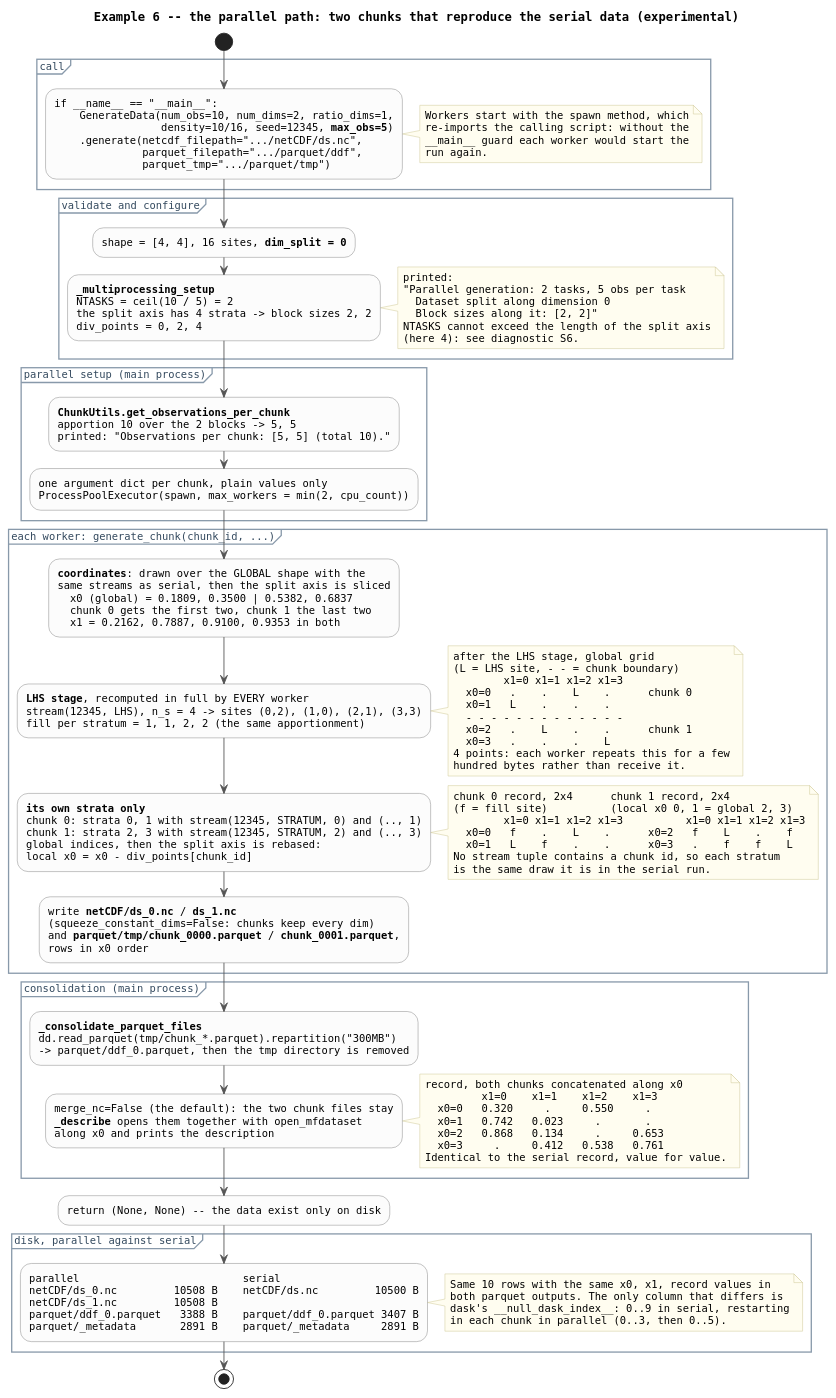
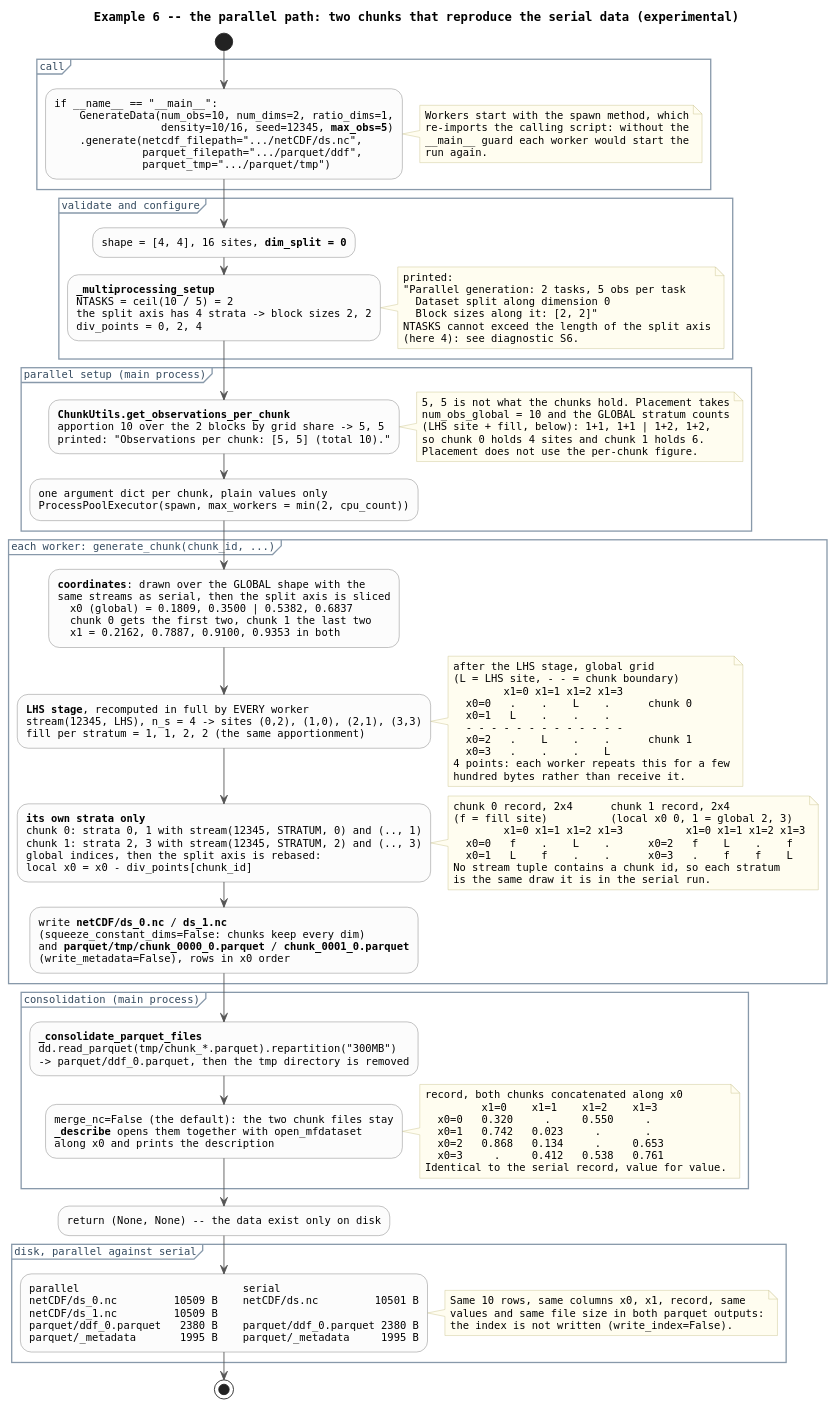
One commit to boom-lab/tabray changed the diagram in docs/dataflow_example_parallel.puml. Above: the diagram before and after it, drawn with PlantUML. The commit also changed 6 other files, not shown here.

```diff
--- a/docs/dataflow_example_parallel.puml
+++ b/docs/dataflow_example_parallel.puml
@@ -1,152 +1,158 @@
 @startuml dataflow_example_parallel
 ' Worked example: the parallel path, one variable on a 4x4 grid in two
 ' chunks, compared with the serial run of the same call without max_obs.
 ' Every number here is from actual runs.
 ' Grids: rows x0 (= dim_split), columns x1, index space.
 ' Render: plantuml docs/dataflow_example_parallel.puml
 
 title Example 6 -- the parallel path: two chunks that reproduce the serial data (experimental)
 
 skinparam shadowing false
 skinparam defaultFontName Monospaced
 skinparam defaultFontSize 12
 skinparam ArrowColor #555555
 skinparam activity {
   BackgroundColor #FCFCFC
   BorderColor #777777
   DiamondBackgroundColor #F2F2F2
 }
 skinparam partition {
   BorderColor #8899AA
   FontColor #33495E
 }
 skinparam note {
   BackgroundColor #FFFDF0
   BorderColor #C8C08A
 }
 
 start
 
 partition "call" {
   :if ~__name~__ == "~__main~__":
       GenerateData(num_obs=10, num_dims=2, ratio_dims=1,
                    density=10/16, seed=12345, <b>max_obs=5</b>)
       .generate(netcdf_filepath=".../netCDF/ds.nc",
                 parquet_filepath=".../parquet/ddf",
                 parquet_tmp=".../parquet/tmp");
   note right
     Workers start with the spawn method, which
     re-imports the calling script: without the
     ~__main~__ guard each worker would start the
     run again.
   end note
 }
 
 partition "validate and configure" {
   :shape = [4, 4], 16 sites, <b>dim_split = 0</b>;
 
   :<b>_multiprocessing_setup</b>
   NTASKS = ceil(10 / 5) = 2
   the split axis has 4 strata -> block sizes 2, 2
   div_points = 0, 2, 4;
   note right
     printed:
     "Parallel generation: 2 tasks, 5 obs per task
       Dataset split along dimension 0
       Block sizes along it: [2, 2]"
     NTASKS cannot exceed the length of the split axis
     (here 4): see diagnostic S6.
   end note
 }
 
 partition "parallel setup (main process)" {
   :<b>ChunkUtils.get_observations_per_chunk</b>
-  apportion 10 over the 2 blocks -> 5, 5
+  apportion 10 over the 2 blocks by grid share -> 5, 5
   printed: "Observations per chunk: [5, 5] (total 10).";
+  note right
+    5, 5 is not what the chunks hold. Placement takes
+    num_obs_global = 10 and the GLOBAL stratum counts
+    (LHS site + fill, below): 1+1, 1+1 | 1+2, 1+2,
+    so chunk 0 holds 4 sites and chunk 1 holds 6.
+    Placement does not use the per-chunk figure.
+  end note
 
   :one argument dict per chunk, plain values only
   ProcessPoolExecutor(spawn, max_workers = min(2, cpu_count));
 }
 
 partition "each worker: generate_chunk(chunk_id, ...)" {
   :<b>coordinates</b>: drawn over the GLOBAL shape with the
   same streams as serial, then the split axis is sliced
     x0 (global) = 0.1809, 0.3500 | 0.5382, 0.6837
     chunk 0 gets the first two, chunk 1 the last two
     x1 = 0.2162, 0.7887, 0.9100, 0.9353 in both;
 
   :<b>LHS stage</b>, recomputed in full by EVERY worker
   stream(12345, LHS), n_s = 4 -> sites (0,2), (1,0), (2,1), (3,3)
   fill per stratum = 1, 1, 2, 2 (the same apportionment);
   note right
     after the LHS stage, global grid
     (L = LHS site, - - = chunk boundary)
             x1=0 x1=1 x1=2 x1=3
       x0=0   .    .    L    .      chunk 0
       x0=1   L    .    .    .
       - - - - - - - - - - - - -
       x0=2   .    L    .    .      chunk 1
       x0=3   .    .    .    L
     4 points: each worker repeats this for a few
     hundred bytes rather than receive it.
   end note
 
   :<b>its own strata only</b>
   chunk 0: strata 0, 1 with stream(12345, STRATUM, 0) and (.., 1)
   chunk 1: strata 2, 3 with stream(12345, STRATUM, 2) and (.., 3)
   global indices, then the split axis is rebased:
   local x0 = x0 - div_points[chunk_id];
   note right
     chunk 0 record, 2x4      chunk 1 record, 2x4
     (f = fill site)          (local x0 0, 1 = global 2, 3)
             x1=0 x1=1 x1=2 x1=3          x1=0 x1=1 x1=2 x1=3
       x0=0   f    .    L    .      x0=2   f    L    .    f
       x0=1   L    f    .    .      x0=3   .    f    f    L
     No stream tuple contains a chunk id, so each stratum
     is the same draw it is in the serial run.
   end note
 
   :write <b>netCDF/ds_0.nc</b> / <b>ds_1.nc</b>
   (squeeze_constant_dims=False: chunks keep every dim)
-  and <b>parquet/tmp/chunk_0000.parquet</b> / <b>chunk_0001.parquet</b>,
-  rows in x0 order;
+  and <b>parquet/tmp/chunk_0000_0.parquet</b> / <b>chunk_0001_0.parquet</b>
+  (write_metadata=False), rows in x0 order;
 }
 
 partition "consolidation (main process)" {
   :<b>_consolidate_parquet_files</b>
   dd.read_parquet(tmp/chunk_*.parquet).repartition("300MB")
   -> parquet/ddf_0.parquet, then the tmp directory is removed;
 
   :merge_nc=False (the default): the two chunk files stay
   <b>_describe</b> opens them together with open_mfdataset
   along x0 and prints the description;
   note right
     record, both chunks concatenated along x0
              x1=0    x1=1    x1=2    x1=3
       x0=0   0.320     .     0.550     .
       x0=1   0.742   0.023     .       .
       x0=2   0.868   0.134     .     0.653
       x0=3     .     0.412   0.538   0.761
     Identical to the serial record, value for value.
   end note
 }
 
 :return (None, None) -- the data exist only on disk;
 
 partition "disk, parallel against serial" {
   :parallel                          serial
-  netCDF/ds_0.nc         10508 B    netCDF/ds.nc         10500 B
-  netCDF/ds_1.nc         10508 B
-  parquet/ddf_0.parquet   3388 B    parquet/ddf_0.parquet 3407 B
-  parquet/_metadata       2891 B    parquet/_metadata     2891 B;
+  netCDF/ds_0.nc         10509 B    netCDF/ds.nc         10501 B
+  netCDF/ds_1.nc         10509 B
+  parquet/ddf_0.parquet   2380 B    parquet/ddf_0.parquet 2380 B
+  parquet/_metadata       1995 B    parquet/_metadata     1995 B;
   note right
-    Same 10 rows with the same x0, x1, record values in
-    both parquet outputs. The only column that differs is
-    dask's ~__null_dask_index~__: 0..9 in serial, restarting
-    in each chunk in parallel (0..3, then 0..5).
+    Same 10 rows, same columns x0, x1, record, same
+    values and same file size in both parquet outputs:
+    the index is not written (write_index=False).
   end note
 }
 
 stop
 
 @enduml
```
